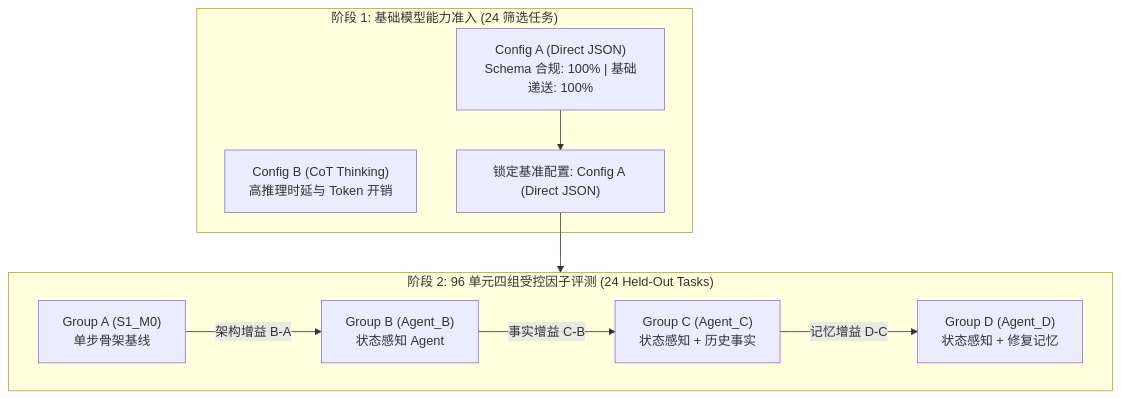
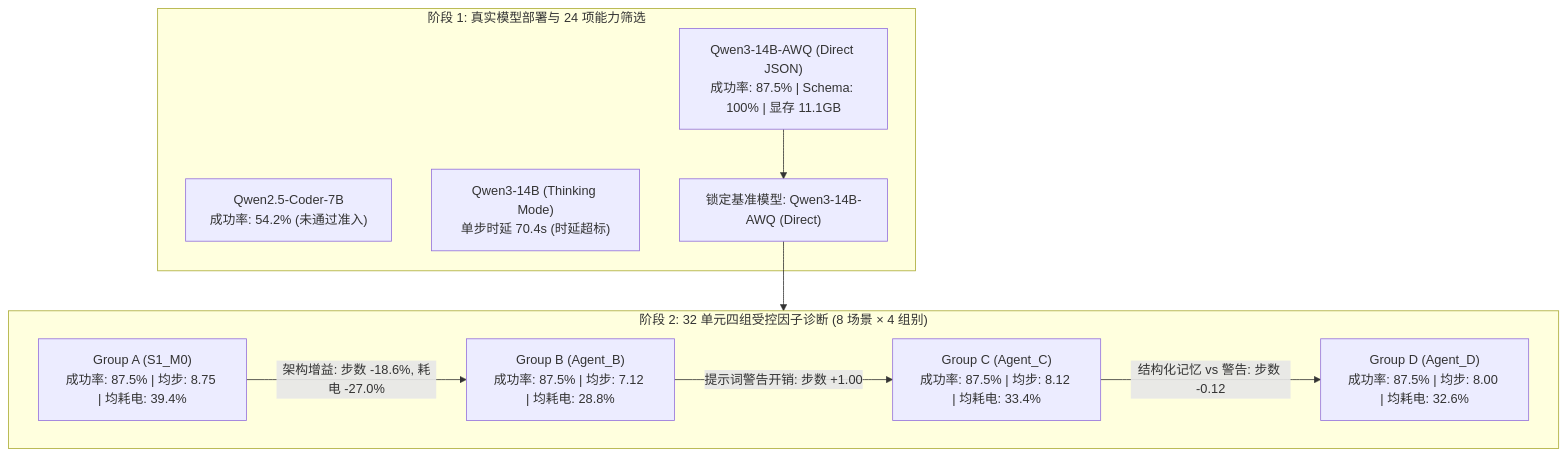
Before and after one commit to JingAo-Shen/failmem-ros2-agent: the diagram in research/agent_task_repair/pilot_report.md, drawn with Mermaid. The commit also changed other lines of this file and 12 other files, not shown here.

````diff
--- a/research/agent_task_repair/pilot_report.md
+++ b/research/agent_task_repair/pilot_report.md
@@ -16,21 +25,22 @@
 ```mermaid
 flowchart TD
-    subgraph S["阶段 1: 基础模型能力准入 (24 筛选任务)"]
-        MA["Config A (Direct JSON)<br/>Schema 合规: 100% | 基础递送: 100%"]
-        MB["Config B (CoT Thinking)<br/>高推理时延与 Token 开销"]
-        MA --> Lock["锁定基准配置: Config A (Direct JSON)"]
+    subgraph S["阶段 1: 真实模型部署与 24 项能力筛选"]
+        M7["Qwen2.5-Coder-7B<br/>成功率: 54.2% (未通过准入)"]
+        M14T["Qwen3-14B (Thinking Mode)<br/>单步时延 70.4s (时延超标)"]
+        M14D["Qwen3-14B-AWQ (Direct JSON)<br/>成功率: 87.5% | Schema: 100% | 显存 11.1GB"]
+        M14D --> Lock["锁定基准模型: Qwen3-14B-AWQ (Direct)"]
     end
 
-    subgraph D["阶段 2: 96 单元四组受控因子评测 (24 Held-Out Tasks)"]
-        GA["Group A (S1_M0)<br/>单步骨架基线"]
-        GB["Group B (Agent_B)<br/>状态感知 Agent"]
-        GC["Group C (Agent_C)<br/>状态感知 + 历史事实"]
-        GD["Group D (Agent_D)<br/>状态感知 + 修复记忆"]
+    subgraph D["阶段 2: 32 单元四组受控因子诊断 (8 场景 × 4 组别)"]
+        GA["Group A (S1_M0)<br/>成功率: 87.5% | 均步: 8.75 | 均耗电: 39.4%"]
+        GB["Group B (Agent_B)<br/>成功率: 87.5% | 均步: 7.12 | 均耗电: 28.8%"]
+        GC["Group C (Agent_C)<br/>成功率: 87.5% | 均步: 8.12 | 均耗电: 33.4%"]
+        GD["Group D (Agent_D)<br/>成功率: 87.5% | 均步: 8.00 | 均耗电: 32.6%"]
         
-        GA -->|架构增益 B-A| GB
-        GB -->|事实增益 C-B| GC
-        GC -->|记忆增益 D-C| GD
+        GA -->|架构增益: 步数 -18.6%, 耗电 -27.0%| GB
+        GB -->|提示词警告开销: 步数 +1.00| GC
+        GC -->|结构化记忆 vs 警告: 步数 -0.12| GD
     end
 
     Lock --> D
 ```
````
